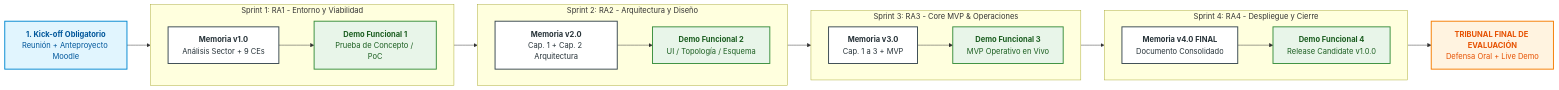
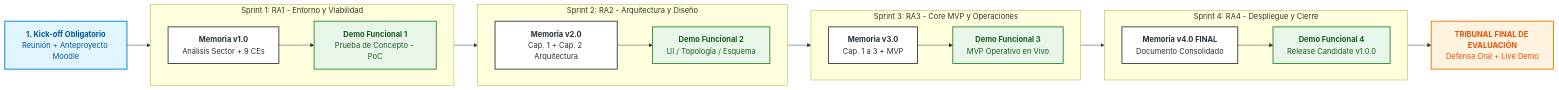
One commit to fencgut961/PI_26_27 changed the first of 13 diagrams in RA1.md. Above: the diagram before and after it, drawn with Mermaid. The commit also changed other lines of this file, not shown here.

````diff
--- a/RA1.md
+++ b/RA1.md
@@ -44,38 +44,37 @@
 ```mermaid
 flowchart LR
-    %% Estilos de Nodos
     classDef kickoff fill:#e1f5fe,stroke:#0288d1,stroke-width:2px,color:#01579b;
     classDef sprint fill:#ffffff,stroke:#37474f,stroke-width:2px,color:#263238;
     classDef demo fill:#e8f5e9,stroke:#388e3c,stroke-width:2px,color:#1b5e20;
     classDef final fill:#fff3e0,stroke:#f57c00,stroke-width:2px,color:#e65100;
 
-    K[<b>1. Kick-off Obligatorio</b><br/>Reunión + Anteproyecto Moodle]:::kickoff --> S1
+    K["<b>1. Kick-off Obligatorio</b><br/>Reunión + Anteproyecto Moodle"]:::kickoff --> S1
 
-    subgraph S1_BOX [Sprint 1: RA1 - Entorno y Viabilidad]
+    subgraph S1_BOX ["Sprint 1: RA1 - Entorno y Viabilidad"]
         direction LR
-        S1[<b>Memoria v1.0</b><br/>Análisis Sector + 9 CEs]:::sprint --> D1[<b>Demo Funcional 1</b><br/>Prueba de Concepto / PoC]:::demo
+        S1["<b>Memoria v1.0</b><br/>Análisis Sector + 9 CEs"]:::sprint --> D1["<b>Demo Funcional 1</b><br/>Prueba de Concepto - PoC"]:::demo
     end
 
     D1 --> S2_BOX
 
-    subgraph S2_BOX [Sprint 2: RA2 - Arquitectura y Diseño]
+    subgraph S2_BOX ["Sprint 2: RA2 - Arquitectura y Diseño"]
         direction LR
-        S2[<b>Memoria v2.0</b><br/>Cap. 1 + Cap. 2 Arquitectura]:::sprint --> D2[<b>Demo Funcional 2</b><br/>UI / Topología / Esquema]:::demo
+        S2["<b>Memoria v2.0</b><br/>Cap. 1 + Cap. 2 Arquitectura"]:::sprint --> D2["<b>Demo Funcional 2</b><br/>UI / Topología / Esquema"]:::demo
     end
 
     D2 --> S3_BOX
 
-    subgraph S3_BOX [Sprint 3: RA3 - Core MVP & Operaciones]
+    subgraph S3_BOX ["Sprint 3: RA3 - Core MVP y Operaciones"]
         direction LR
-        S3[<b>Memoria v3.0</b><br/>Cap. 1 a 3 + MVP]:::sprint --> D3[<b>Demo Funcional 3</b><br/>MVP Operativo en Vivo]:::demo
+        S3["<b>Memoria v3.0</b><br/>Cap. 1 a 3 + MVP"]:::sprint --> D3["<b>Demo Funcional 3</b><br/>MVP Operativo en Vivo"]:::demo
     end
 
     D3 --> S4_BOX
 
-    subgraph S4_BOX [Sprint 4: RA4 - Despliegue y Cierre]
+    subgraph S4_BOX ["Sprint 4: RA4 - Despliegue y Cierre"]
         direction LR
-        S4[<b>Memoria v4.0 FINAL</b><br/>Documento Consolidado]:::sprint --> D4[<b>Demo Funcional 4</b><br/>Release Candidate v1.0.0]:::demo
+        S4["<b>Memoria v4.0 FINAL</b><br/>Documento Consolidado"]:::sprint --> D4["<b>Demo Funcional 4</b><br/>Release Candidate v1.0.0"]:::demo
     end
 
-    D4 --> TRIBUNAL[<b>TRIBUNAL FINAL DE EVALUACIÓN</b><br/>Defensa Oral + Live Demo]:::final
+    D4 --> TRIBUNAL["<b>TRIBUNAL FINAL DE EVALUACIÓN</b><br/>Defensa Oral + Live Demo"]:::final
 ```
````
